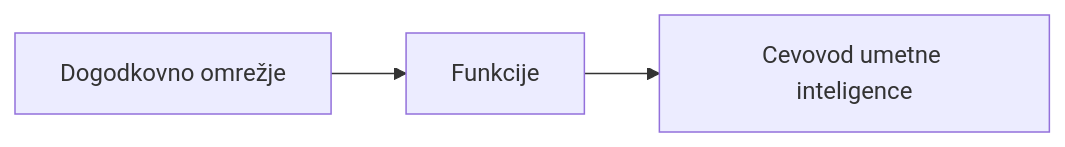
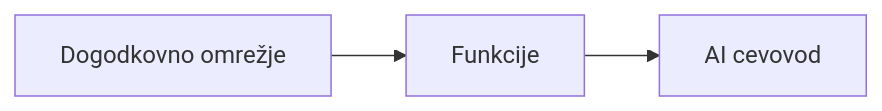
The second of 2 diagrams in translations/sl/docs/chapter-08-production/README.md (microsoft/AZD-for-beginners), drawn with Mermaid before and after one commit. The commit also changed other lines of this file and 101 other files, not shown here.

````diff
--- a/translations/sl/docs/chapter-08-production/README.md
+++ b/translations/sl/docs/chapter-08-production/README.md
@@ -54,4 +56,4 @@
 ```mermaid
 graph LR
-    EventGrid[Dogodkovno omrežje] --> Functions[Funkcije] --> Pipeline[Cevovod umetne inteligence]
+    EventGrid[Dogodkovno omrežje] --> Functions[Funkcije] --> Pipeline[AI cevovod]
 ```
````
